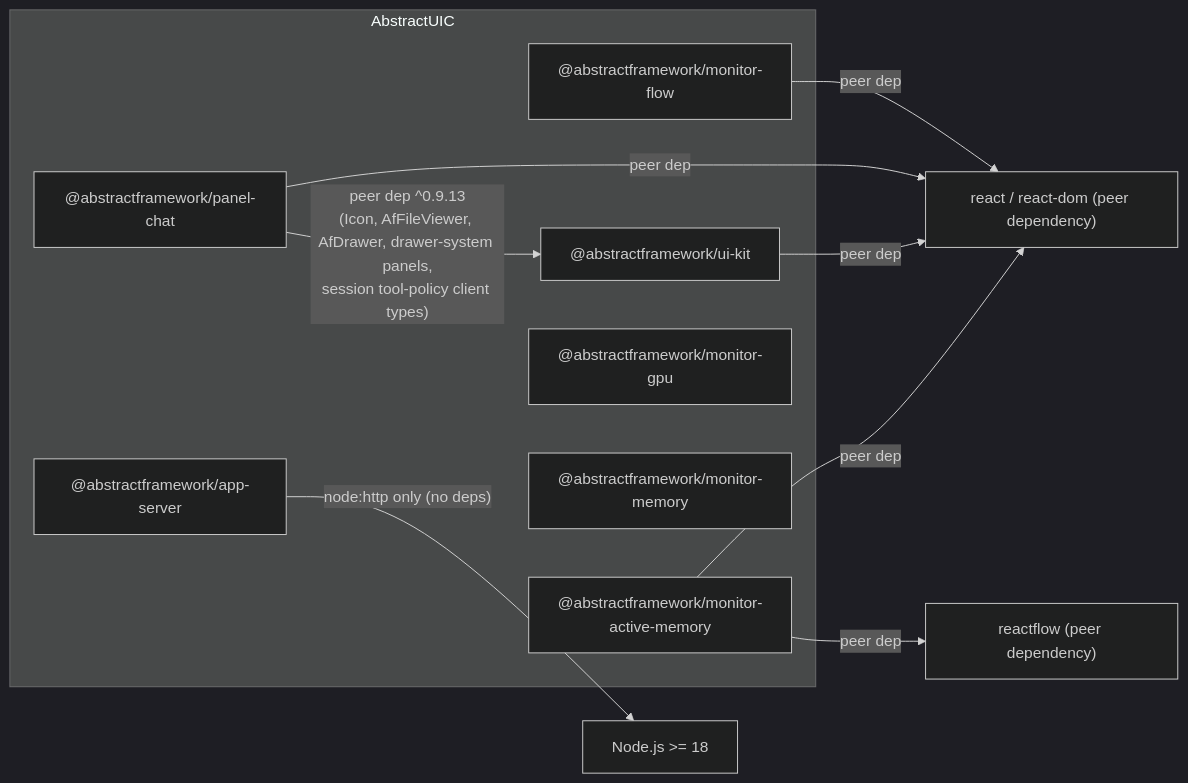
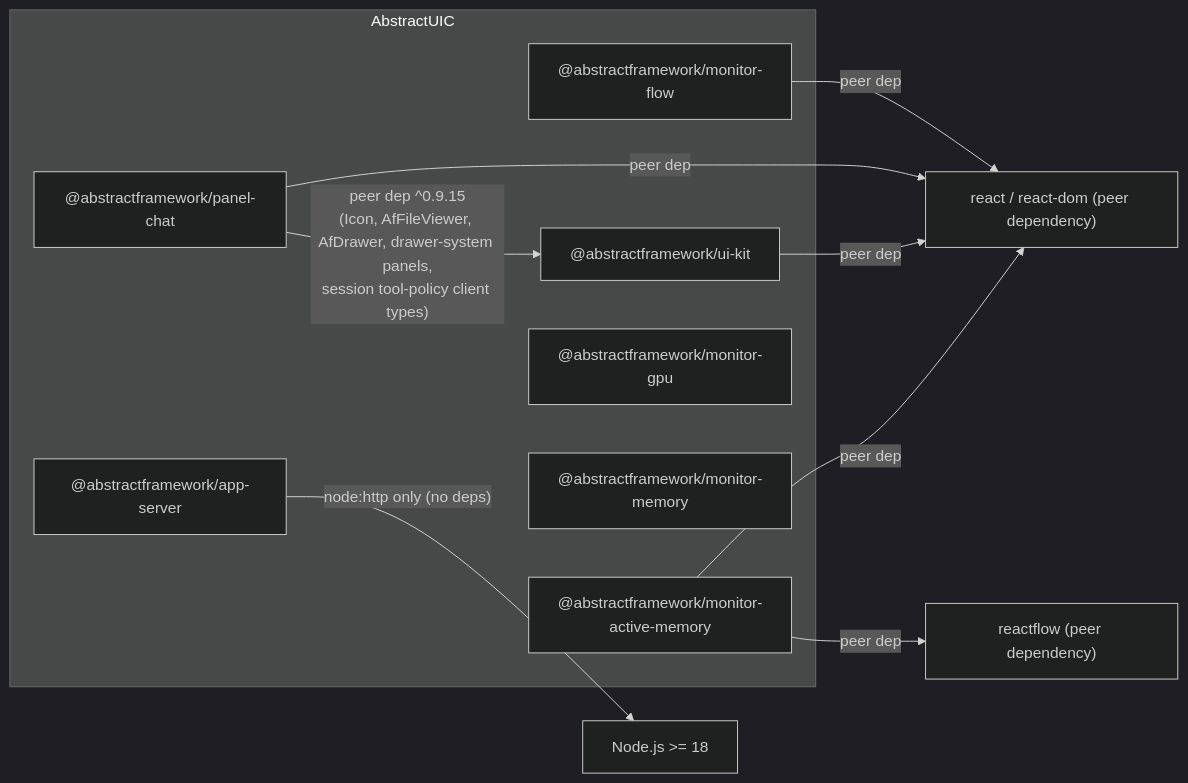
One commit to lpalbou/AbstractUIC changed the second of 12 diagrams in docs/architecture.md. Above: the diagram before and after it, drawn with Mermaid (dark theme). The commit also changed other lines of this file and 10 other files, not shown here.

````diff
--- a/docs/architecture.md
+++ b/docs/architecture.md
@@ -73,20 +73,20 @@
 ```mermaid
 flowchart LR
   subgraph AbstractUIC
     UIKIT["@abstractframework/ui-kit"]
     CHAT["@abstractframework/panel-chat"]
     APPSRV["@abstractframework/app-server"]
     FLOW["@abstractframework/monitor-flow"]
     AMX["@abstractframework/monitor-active-memory"]
     GPU["@abstractframework/monitor-gpu"]
     MEM["@abstractframework/monitor-memory"]
   end
 
-  CHAT -->|"peer dep ^0.9.13<br/>(Icon, AfFileViewer, AfDrawer, drawer-system panels,<br/>session tool-policy client types)"| UIKIT
+  CHAT -->|"peer dep ^0.9.15<br/>(Icon, AfFileViewer, AfDrawer, drawer-system panels,<br/>session tool-policy client types)"| UIKIT
   AMX -->|"peer dep"| ReactFlow["reactflow (peer dependency)"]
   FLOW -->|"peer dep"| React["react / react-dom (peer dependency)"]
   CHAT -->|"peer dep"| React
   UIKIT -->|"peer dep"| React
   AMX -->|"peer dep"| React
   APPSRV -->|"node:http only (no deps)"| Node["Node.js >= 18"]
 ```
````
